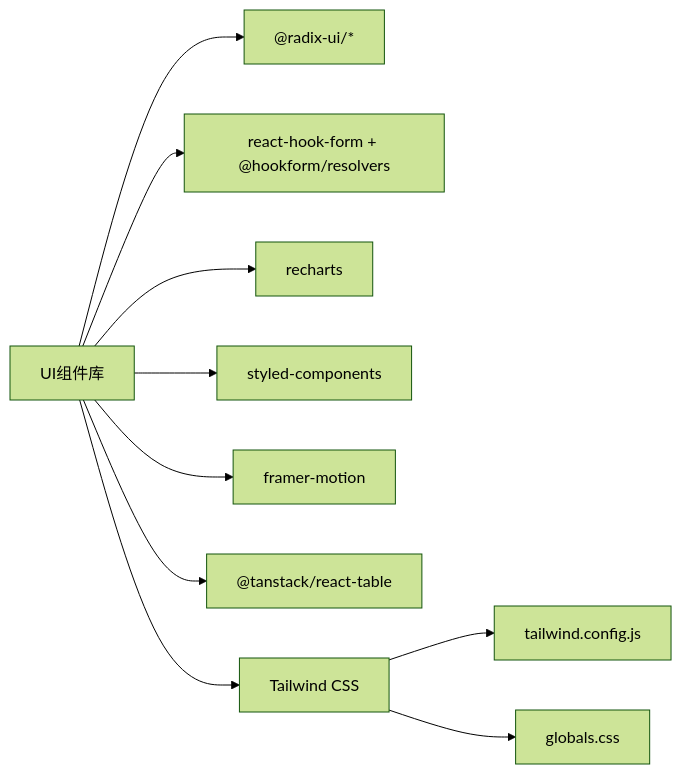
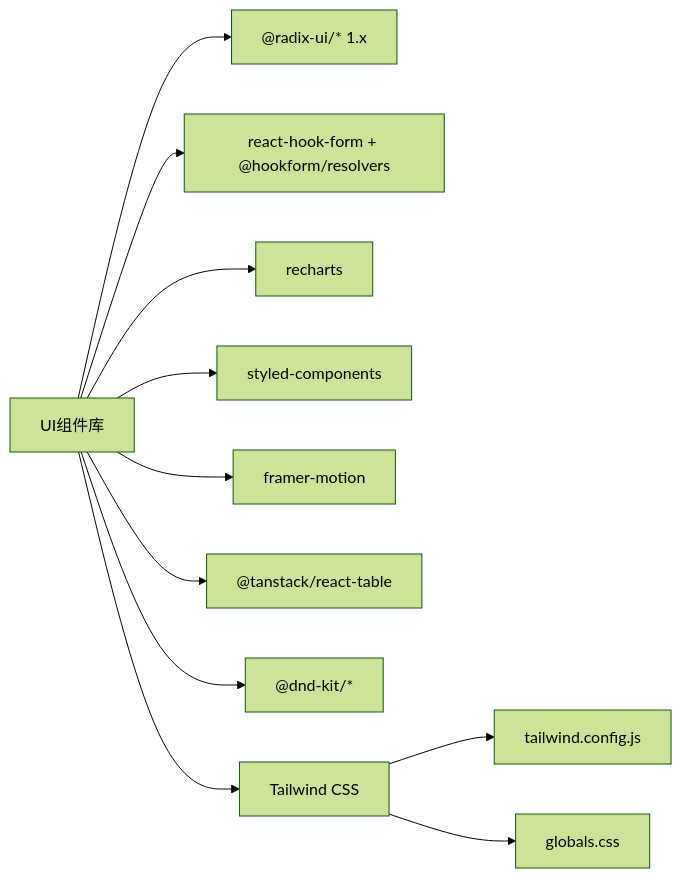
The ninth of 9 diagrams in .qoder/repowiki/zh/content/核心模块/UI组件库.md (LRF0422/Kotion), drawn with Mermaid (forest theme) before and after one commit. The commit also changed other lines of this file and 75 other files, not shown here.

````diff
--- a/.qoder/repowiki/zh/content/核心模块/UI组件库.md
+++ b/.qoder/repowiki/zh/content/核心模块/UI组件库.md
@@ -312,12 +543,13 @@
 ```mermaid
 graph LR
-UI["UI组件库"] --> Radix["@radix-ui/*"]
+UI["UI组件库"] --> Radix["@radix-ui/* 1.x"]
 UI --> HookForm["react-hook-form + @hookform/resolvers"]
 UI --> Charts["recharts"]
 UI --> Styled["styled-components"]
 UI --> Motion["framer-motion"]
 UI --> Table["@tanstack/react-table"]
+UI --> DnDKit["@dnd-kit/*"]
 UI --> Tailwind["Tailwind CSS"]
 Tailwind --> TWConfig["tailwind.config.js"]
 Tailwind --> Globals["globals.css"]
 ```
````
